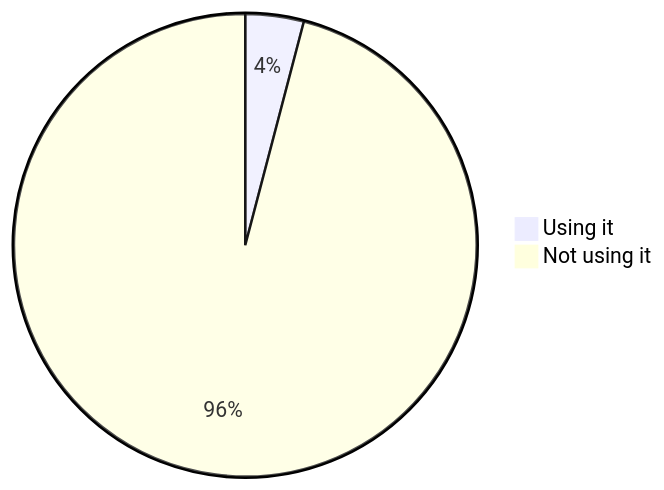
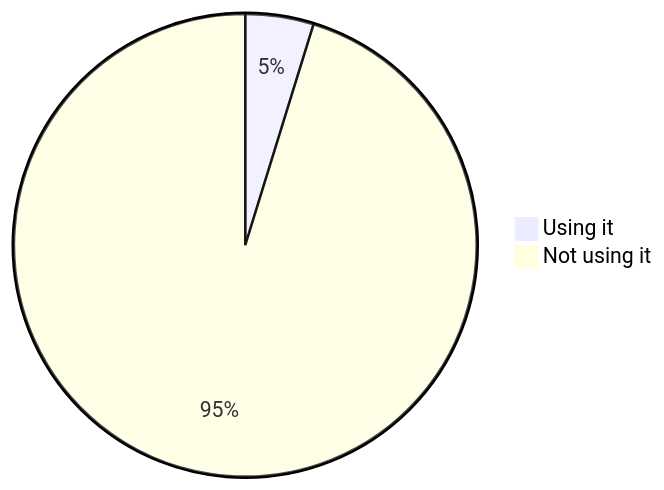
Diagram 11 of 22 in stats.md (oshp/oshp-stats), drawn with Mermaid before and after one commit. The commit also changed other lines of this file, not shown here.

````diff
--- a/stats.md
+++ b/stats.md
@@ -130,6 +130,6 @@
 ```mermaid
 pie
-	"Using it" : 4.08
-	"Not using it" : 95.92
+	"Using it" : 4.77
+	"Not using it" : 95.23
 
 ```
````
